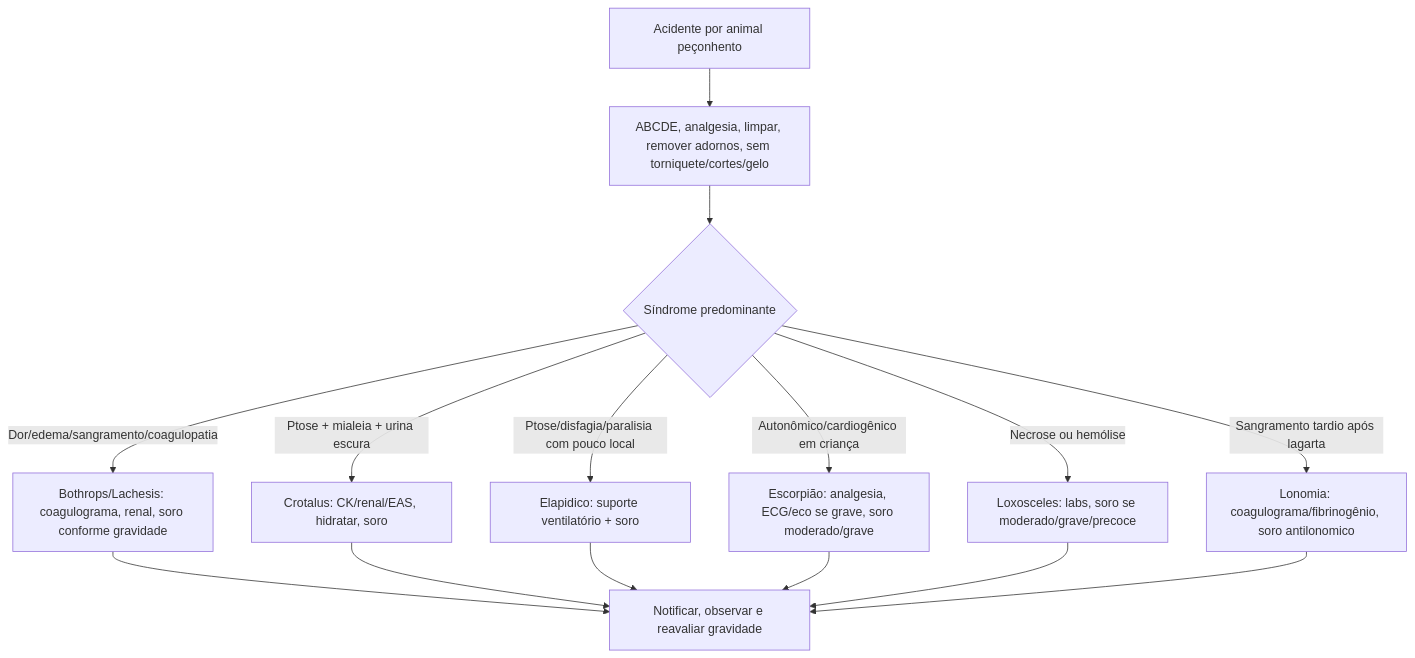
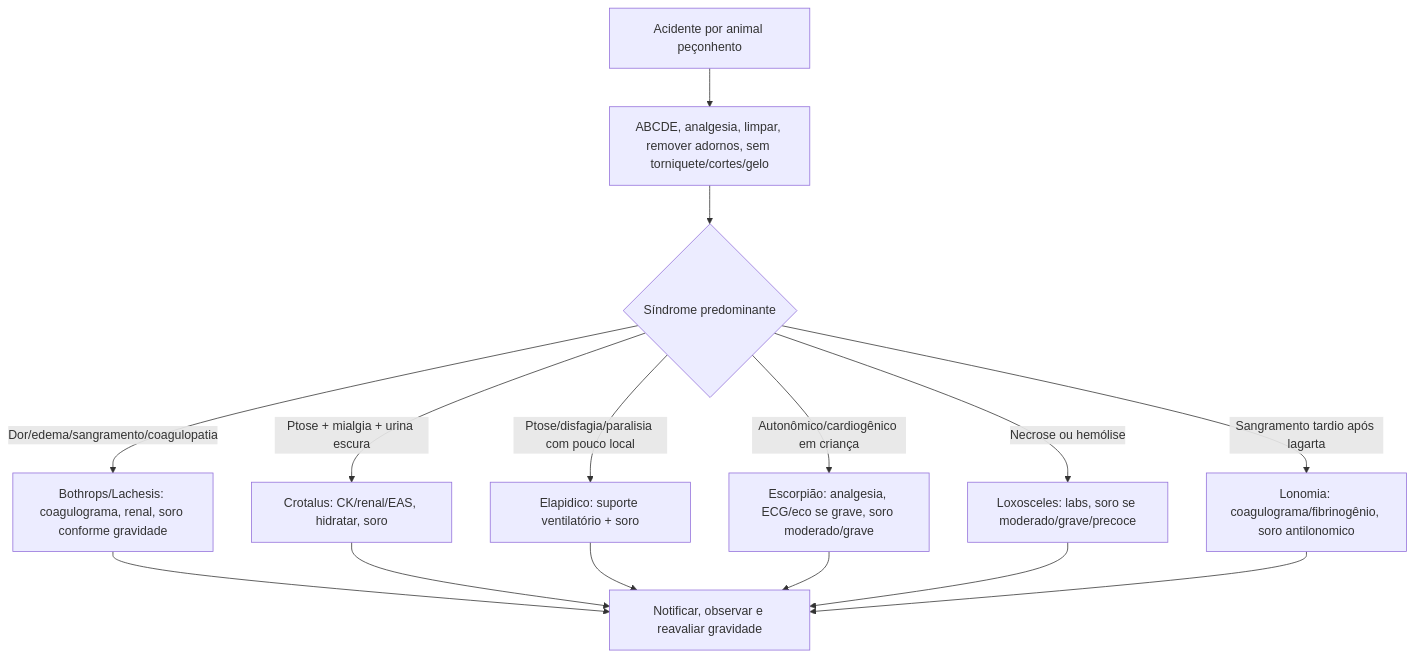
One commit to ThiagoPersona/emergencia26 changed the second of 2 diagrams in Intensivao/temas/008_toxicologia-animais-peconhentos.md. Above: the diagram before and after it, drawn with Mermaid. The commit also changed other lines of this file and 5 other files, not shown here.

````diff
--- a/Intensivao/temas/008_toxicologia-animais-peconhentos.md
+++ b/Intensivao/temas/008_toxicologia-animais-peconhentos.md
@@ -195,17 +207,17 @@
 ```mermaid
 flowchart TD
     A[Acidente por animal peçonhento] --> B[ABCDE, analgesia, limpar, remover adornos, sem torniquete/cortes/gelo]
     B --> C{Síndrome predominante}
     C -->|Dor/edema/sangramento/coagulopatia| D[Bothrops/Lachesis: coagulograma, renal, soro conforme gravidade]
-    C -->|Ptose + mialeia + urina escura| E[Crotalus: CK/renal/EAS, hidratar, soro]
+    C -->|Ptose + mialgia + urina escura| E[Crotalus: CK/renal/EAS, hidratar, soro]
     C -->|Ptose/disfagia/paralisia com pouco local| F[Elapidico: suporte ventilatório + soro]
     C -->|Autonômico/cardiogênico em criança| G[Escorpião: analgesia, ECG/eco se grave, soro moderado/grave]
     C -->|Necrose ou hemólise| H[Loxosceles: labs, soro se moderado/grave/precoce]
     C -->|Sangramento tardio após lagarta| I[Lonomia: coagulograma/fibrinogênio, soro antilonomico]
     D --> J[Notificar, observar e reavaliar gravidade]
     E --> J
     F --> J
     G --> J
     H --> J
     I --> J
 ```
````
